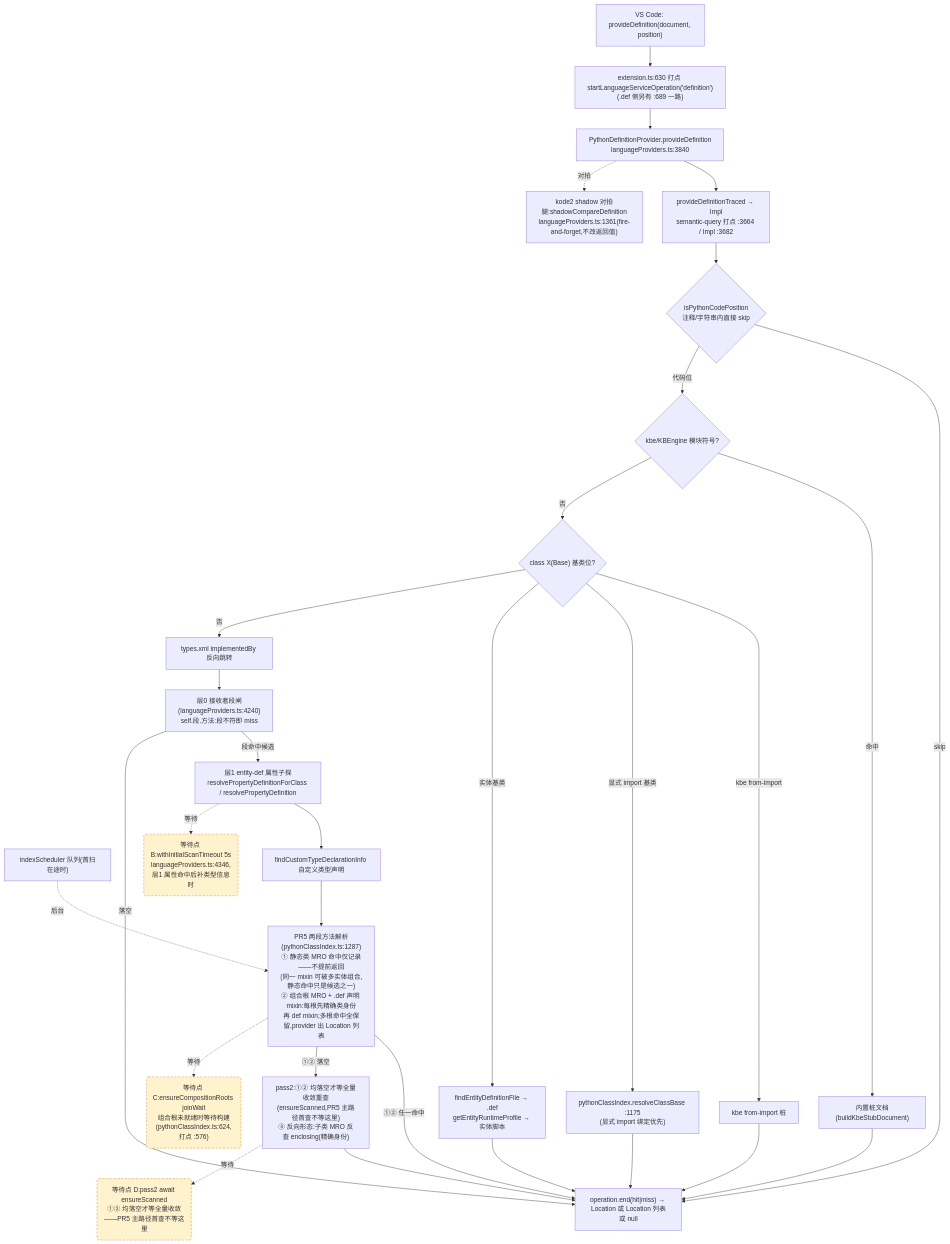
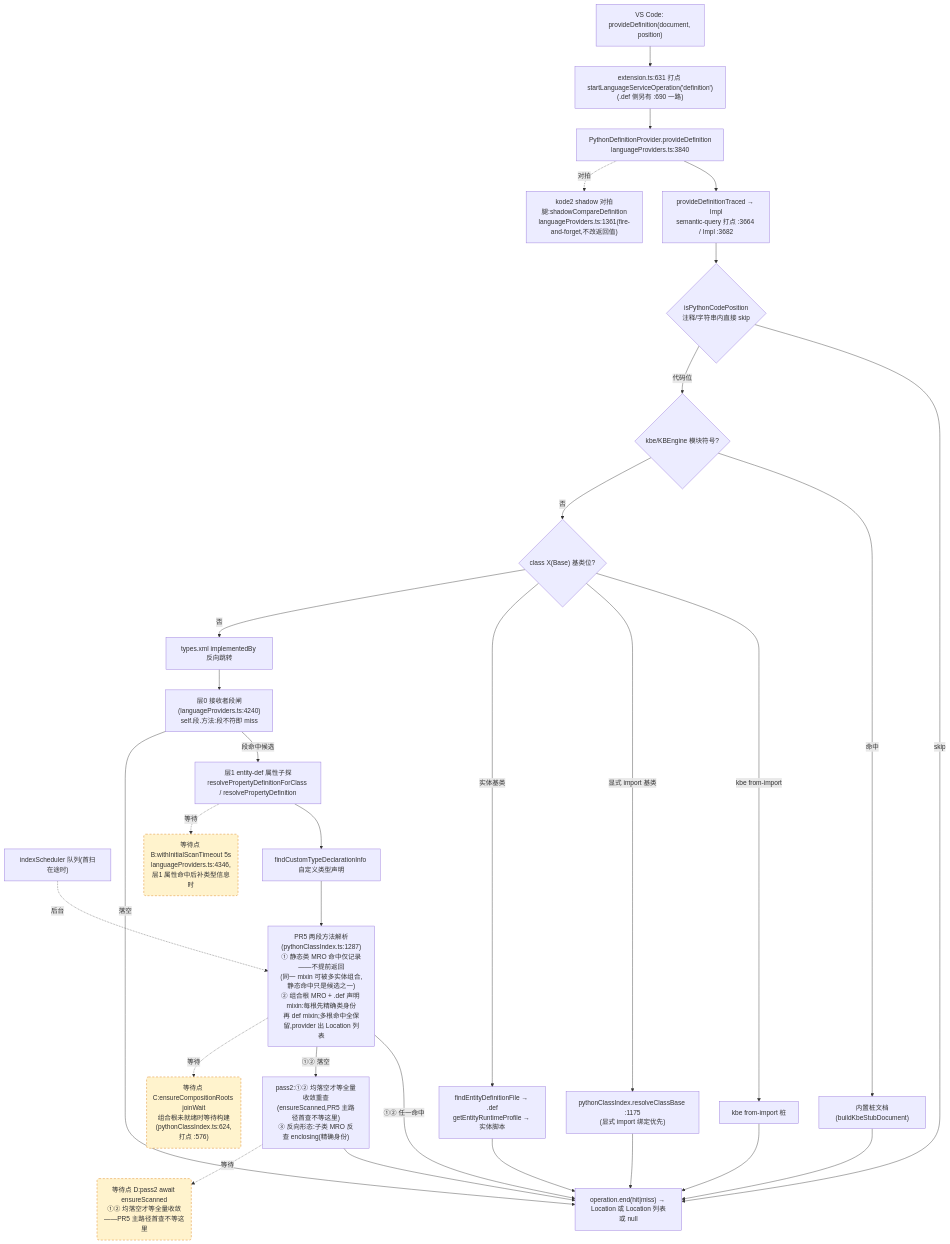
Before and after one commit to cuihairu/kode: the second of 4 diagrams in docs/perf/2026-baseline.md, drawn with Mermaid. The commit also changed other lines of this file and 12 other files, not shown here.

````diff
--- a/docs/perf/2026-baseline.md
+++ b/docs/perf/2026-baseline.md
@@ -130,51 +130,51 @@
 ```mermaid
 flowchart TD
   VC2["VS Code: provideDefinition(document, position)"]
-  M2["extension.ts:630 打点 startLanguageServiceOperation('definition')<br/>(.def 侧另有 :689 一路)"]
+  M2["extension.ts:631 打点 startLanguageServiceOperation('definition')<br/>(.def 侧另有 :690 一路)"]
   AD2["PythonDefinitionProvider.provideDefinition<br/>languageProviders.ts:3840"]
   TR["provideDefinitionTraced → Impl<br/>semantic-query 打点 :3664 / Impl :3682"]
   CTX{"isPythonCodePosition<br/>注释/字符串内直接 skip"}
   KBE{"kbe/KBEngine 模块符号?"}
   STUB["内置桩文档(buildKbeStubDocument)"]
   CB{"class X(Base) 基类位?"}
   CB1["kbe from-import 桩"]
   CB2["pythonClassIndex.resolveClassBase :1175<br/>(显式 import 绑定优先)"]
   CB3["findEntityDefinitionFile → .def<br/>getEntityRuntimeProfile → 实体脚本"]
   REV["types.xml implementedBy 反向跳转"]
   L0["层0 接收者段闸(languageProviders.ts:4240)<br/>self.段.方法:段不符即 miss"]
   L1["层1 entity-def 属性子探<br/>resolvePropertyDefinitionForClass / resolvePropertyDefinition"]
   SCAN["indexScheduler 队列(首扫在途时)"]
   TY["findCustomTypeDeclarationInfo 自定义类型声明"]
   MRO["PR5 两段方法解析(pythonClassIndex.ts:1287)<br/>① 静态类 MRO 命中仅记录——不提前返回<br/>(同一 mixin 可被多实体组合,静态命中只是候选之一)<br/>② 组合根 MRO + .def 声明 mixin:每根先精确类身份<br/>再 def mixin;多根命中全保留,provider 出 Location 列表"]
   PASS2["pass2:①② 均落空才等全量收敛重查<br/>(ensureScanned,PR5 主路径首查不等这里)<br/>③ 反向形态:子类 MRO 反查 enclosing(精确身份)"]
   SHD["kode2 shadow 对拍腿:shadowCompareDefinition<br/>languageProviders.ts:1361(fire-and-forget,不改返回值)"]
   END2["operation.end(hit|miss) → Location 或 Location 列表或 null"]
 
   VC2 --> M2 --> AD2 --> TR --> CTX
   CTX -- "skip" --> END2
   CTX -- "代码位" --> KBE
   KBE -- "命中" --> STUB --> END2
   KBE -- "否" --> CB
   CB -- "kbe from-import" --> CB1 --> END2
   CB -- "显式 import 基类" --> CB2 --> END2
   CB -- "实体基类" --> CB3 --> END2
   CB -- "否" --> REV --> L0
   L0 -- "段命中候选" --> L1
   L0 -- "落空" --> END2
   L1 --> TY
   TY --> MRO
   MRO -- "①② 任一命中" --> END2
   MRO -- "①② 落空" --> PASS2 --> END2
   AD2 -.->|对拍| SHD
 
   WAITB("等待点 B:withInitialScanTimeout 5s<br/>languageProviders.ts:4346,层1 属性命中后补类型信息时")
   WAITC("等待点 C:ensureCompositionRoots joinWait<br/>组合根未就绪时等待构建(pythonClassIndex.ts:624,打点 :576)")
   WAITD("等待点 D:pass2 await ensureScanned<br/>①② 均落空才等全量收敛——PR5 主路径首查不等这里")
   L1 -.->|等待| WAITB
   MRO -.->|等待| WAITC
   PASS2 -.->|等待| WAITD
   SCAN -.->|后台| MRO
 
   classDef waitPoint fill:#fff3cd,stroke:#d97706,stroke-dasharray:5 4;
   class WAITB,WAITC,WAITD waitPoint;
 ```
````
